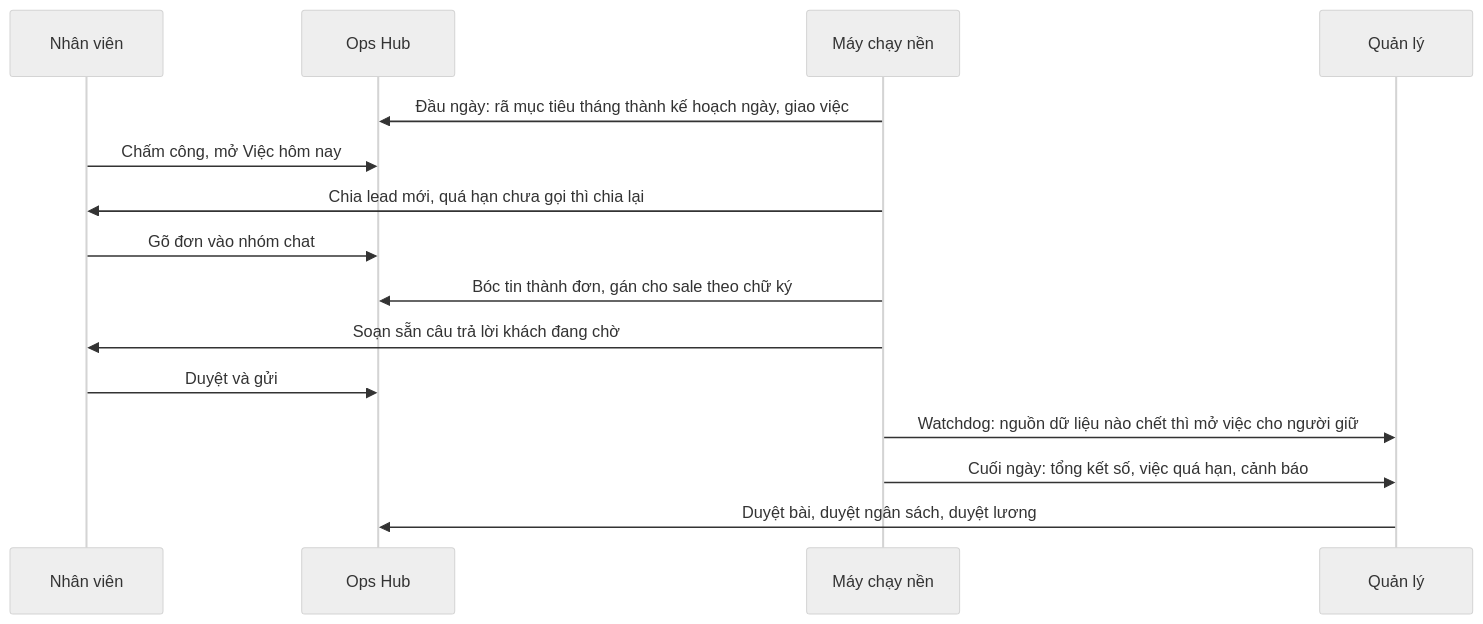
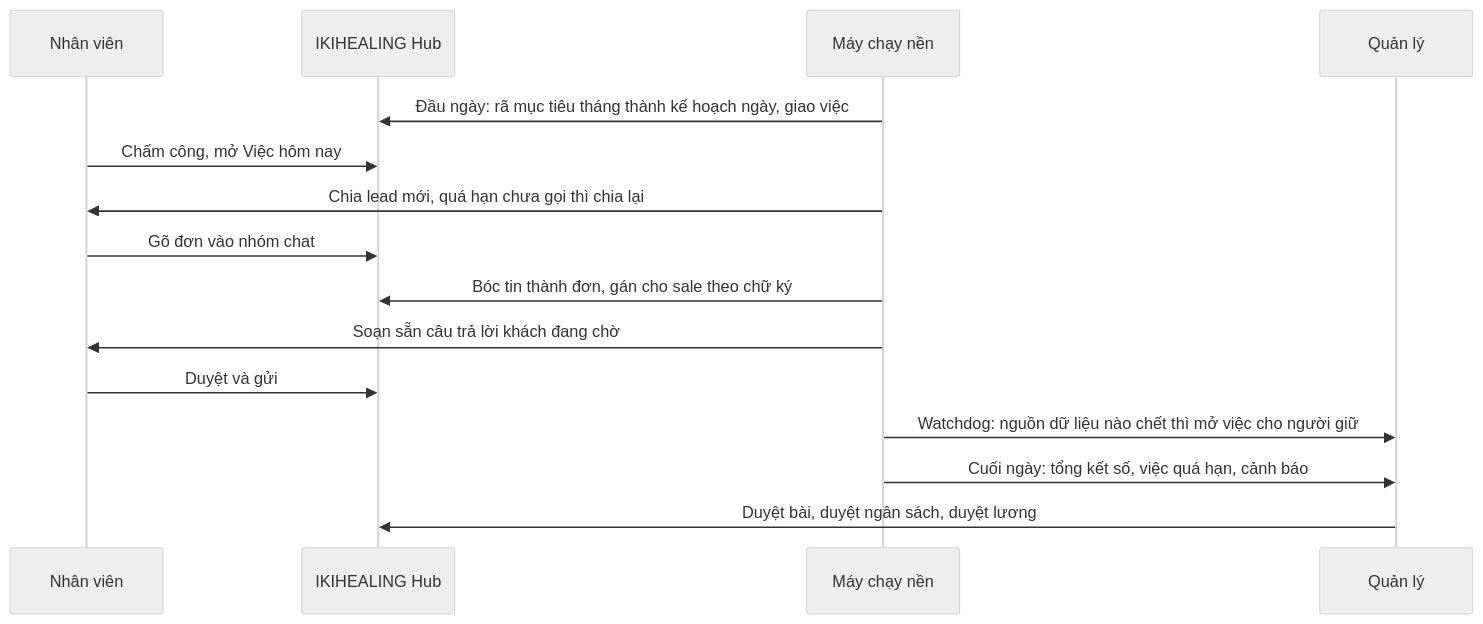
One commit to hopecorp-cpu/ikihealing-hub changed the second of 3 diagrams in docs/SO-DO-VAN-HANH.md. Above: the diagram before and after it, drawn with Mermaid (neutral theme). The commit also changed other lines of this file and 147 other files, not shown here.

Commit message:
Đổi tên app thành IKIHEALING Hub

````diff
--- a/docs/SO-DO-VAN-HANH.md
+++ b/docs/SO-DO-VAN-HANH.md
@@ -44,17 +44,17 @@
 ```mermaid
 sequenceDiagram
   participant NV as Nhân viên
-  participant APP as Ops Hub
+  participant APP as IKIHEALING Hub
   participant MAY as Máy chạy nền
   participant QL as Quản lý
   MAY->>APP: Đầu ngày: rã mục tiêu tháng thành kế hoạch ngày, giao việc
   NV->>APP: Chấm công, mở Việc hôm nay
   MAY->>NV: Chia lead mới, quá hạn chưa gọi thì chia lại
   NV->>APP: Gõ đơn vào nhóm chat
   MAY->>APP: Bóc tin thành đơn, gán cho sale theo chữ ký
   MAY->>NV: Soạn sẵn câu trả lời khách đang chờ
   NV->>APP: Duyệt và gửi
   MAY->>QL: Watchdog: nguồn dữ liệu nào chết thì mở việc cho người giữ
   MAY->>QL: Cuối ngày: tổng kết số, việc quá hạn, cảnh báo
   QL->>APP: Duyệt bài, duyệt ngân sách, duyệt lương
 ```
````
